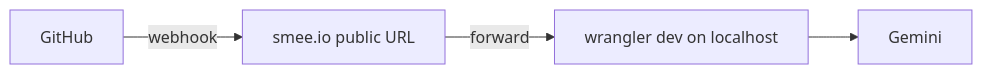
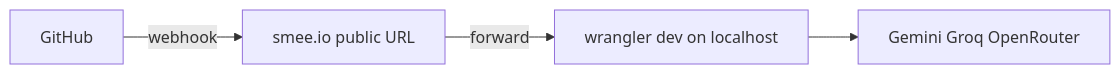
The fourth of 4 diagrams in docs/ARCHITECTURE.md (vuongj321/roast-my-pr), drawn with Mermaid before and after one commit. The commit also changed other lines of this file and 1 other file, not shown here.

````diff
--- a/docs/ARCHITECTURE.md
+++ b/docs/ARCHITECTURE.md
@@ -234,6 +248,6 @@
 ```mermaid
 flowchart LR
   GitHub -->|webhook| Smee[smee.io public URL]
   Smee -->|forward| Local["wrangler dev on localhost"]
-  Local --> Gemini
+  Local --> LLM[Gemini Groq OpenRouter]
 ```
````
